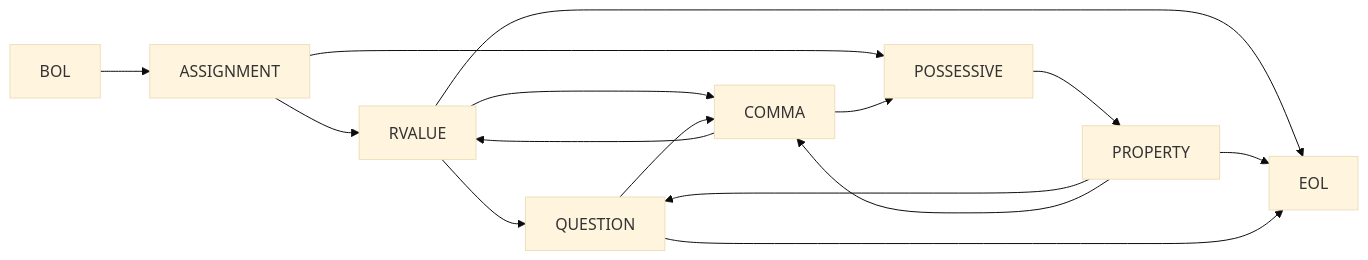
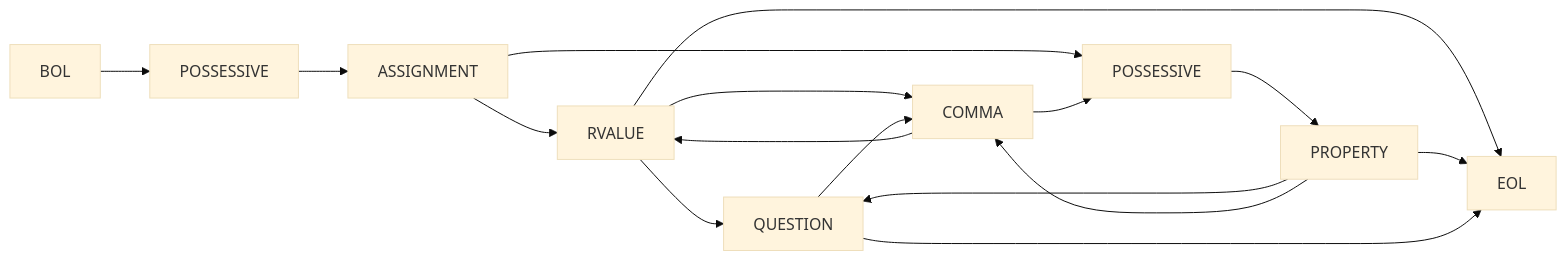
Before and after one commit to rewhowe/snapdragon: the first of 12 diagrams in documentation/nfsm.md, drawn with Mermaid (base theme). The commit also changed other lines of this file and 4 other files, not shown here.

````diff
--- a/documentation/nfsm.md
+++ b/documentation/nfsm.md
@@ -11,23 +19,24 @@
 ```mermaid
 graph LR
-  BOL --> ASSIGNMENT
+  BOL --> POSSESSIVE_1[POSSESSIVE]
+  POSSESSIVE_1[POSSESSIVE] --> ASSIGNMENT
 
   ASSIGNMENT --> RVALUE
-  ASSIGNMENT --> POSSESSIVE
+  ASSIGNMENT --> POSSESSIVE_2[POSSESSIVE]
 
   RVALUE --> EOL
   RVALUE --> QUESTION
   RVALUE --> COMMA
 
-  POSSESSIVE --> PROPERTY
+  POSSESSIVE_2[POSSESSIVE] --> PROPERTY
 
   PROPERTY --> EOL
   PROPERTY --> QUESTION
   PROPERTY --> COMMA
 
   COMMA --> RVALUE
-  COMMA --> POSSESSIVE
+  COMMA --> POSSESSIVE_2[POSSESSIVE]
 
   QUESTION --> COMMA
   QUESTION --> EOL
 ```
````
